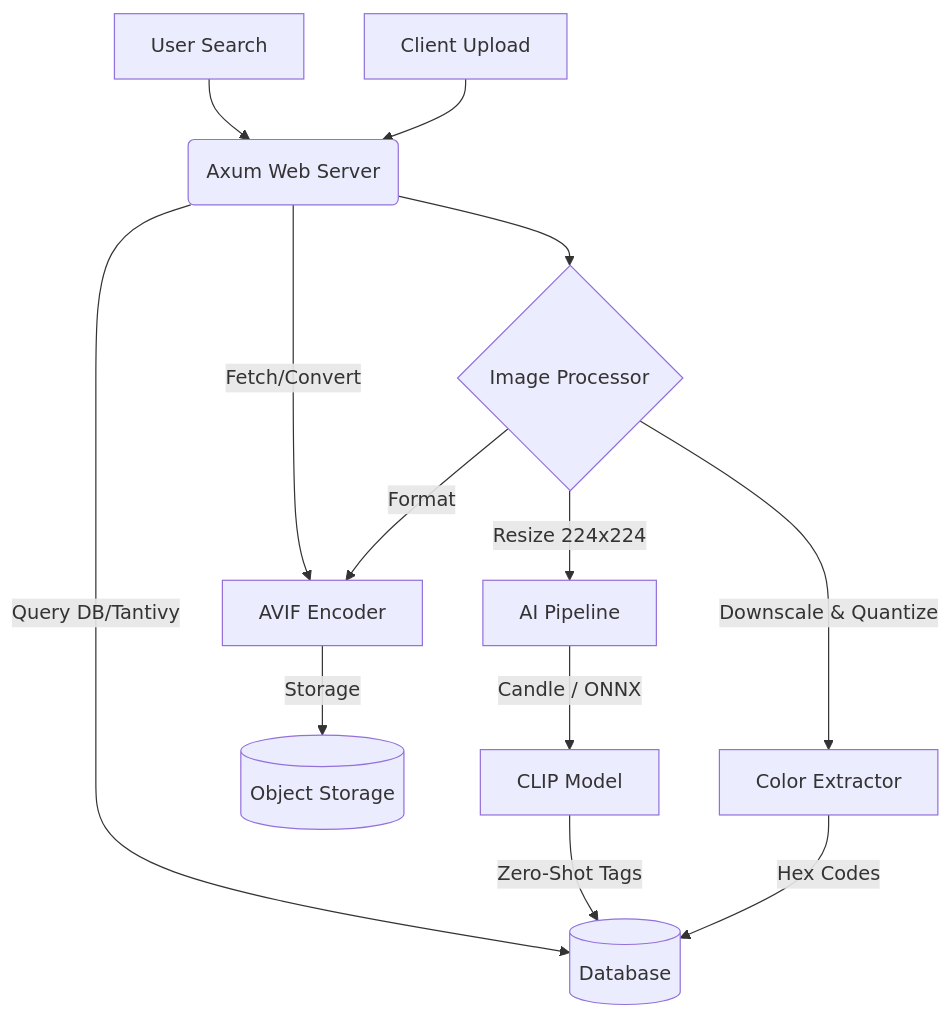
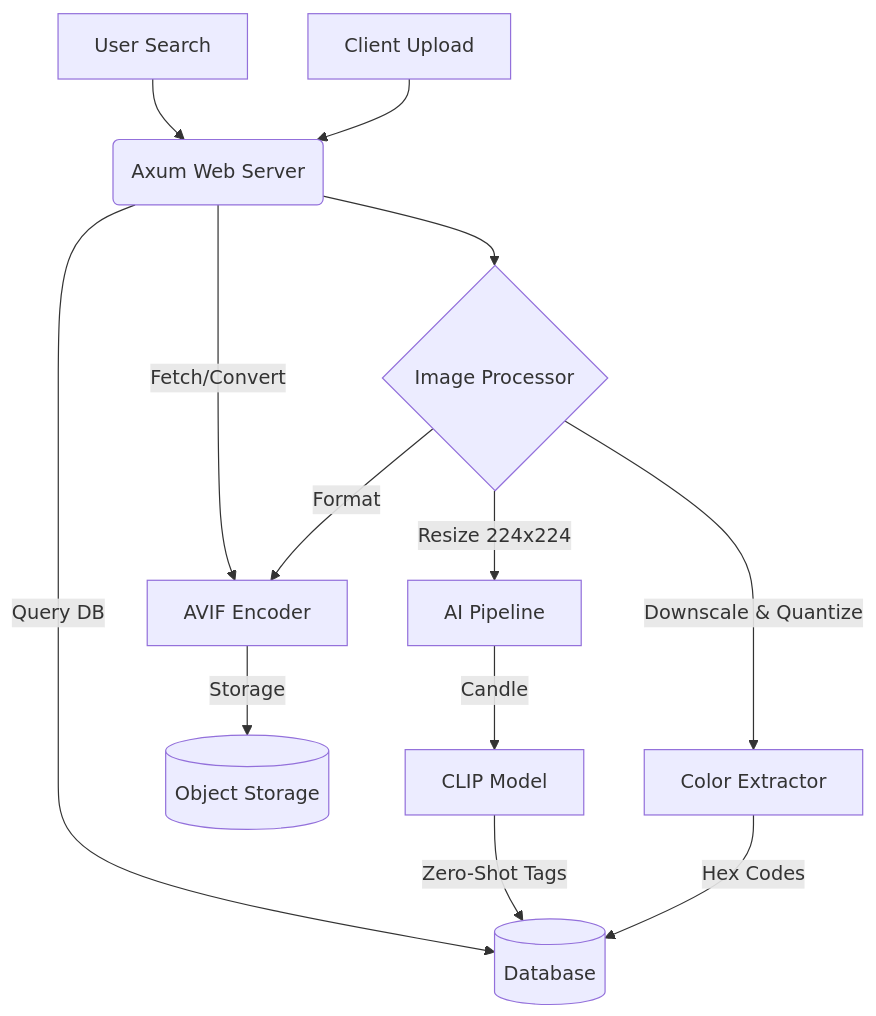
One commit to XeinTDM/Wallr changed the diagram in README.md. Above: the diagram before and after it, drawn with Mermaid. The commit also changed other lines of this file, not shown here.

````diff
--- a/README.md
+++ b/README.md
@@ -13,19 +13,19 @@
 ```mermaid
 graph TD
     A[Client Upload] --> B(Axum Web Server)
     B --> C{Image Processor}
     
     C -->|Downscale & Quantize| D[Color Extractor]
     D -->|Hex Codes| DB[(Database)]
     
     C -->|Format| E[AVIF Encoder]
     E -->|Storage| S3[(Object Storage)]
     
     C -->|Resize 224x224| F[AI Pipeline]
-    F -->|Candle / ONNX| G[CLIP Model]
+    F -->|Candle| G[CLIP Model]
     G -->|Zero-Shot Tags| DB
     
     H[User Search] --> B
-    B -->|Query DB/Tantivy| DB
+    B -->|Query DB| DB
     B -->|Fetch/Convert| E
 ```
````
